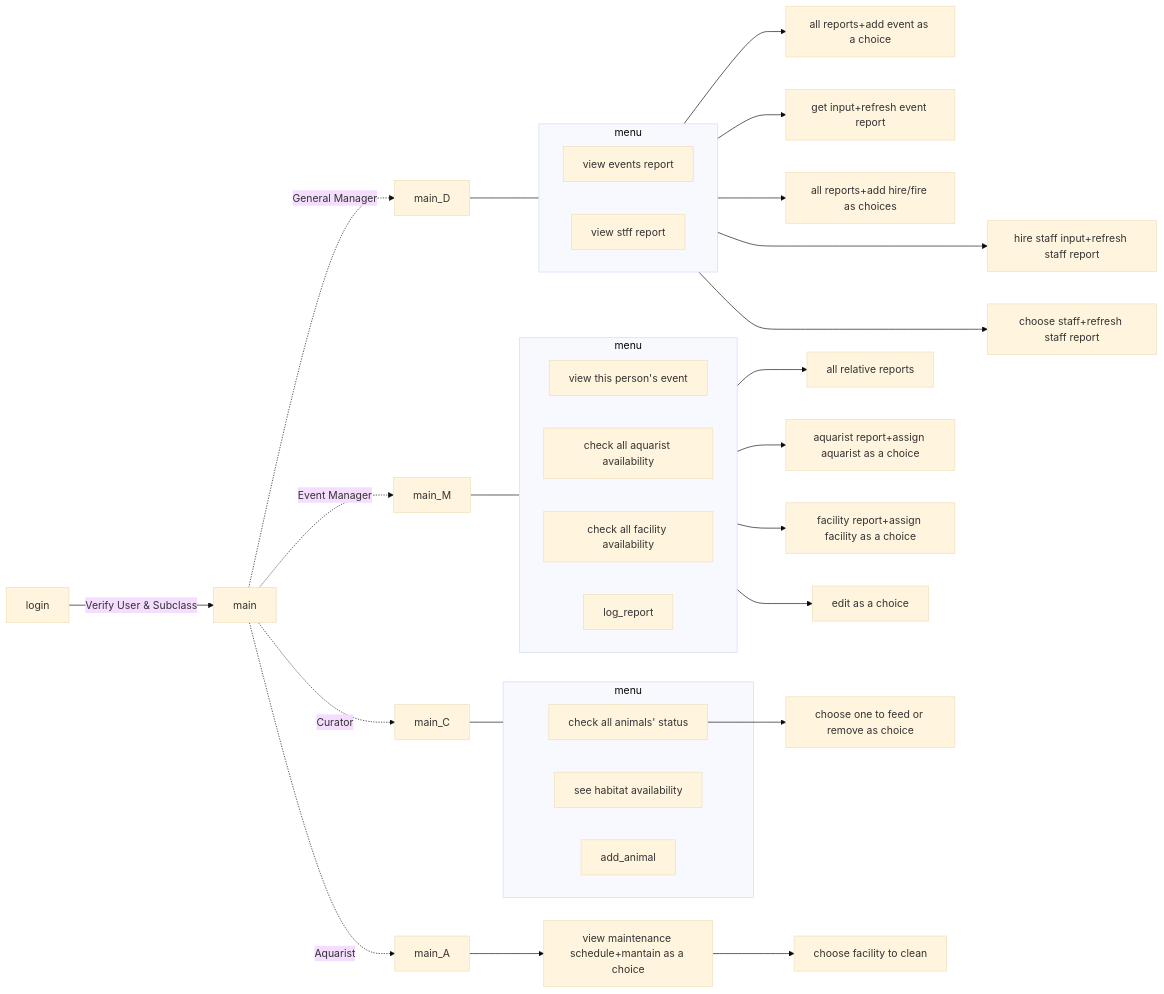
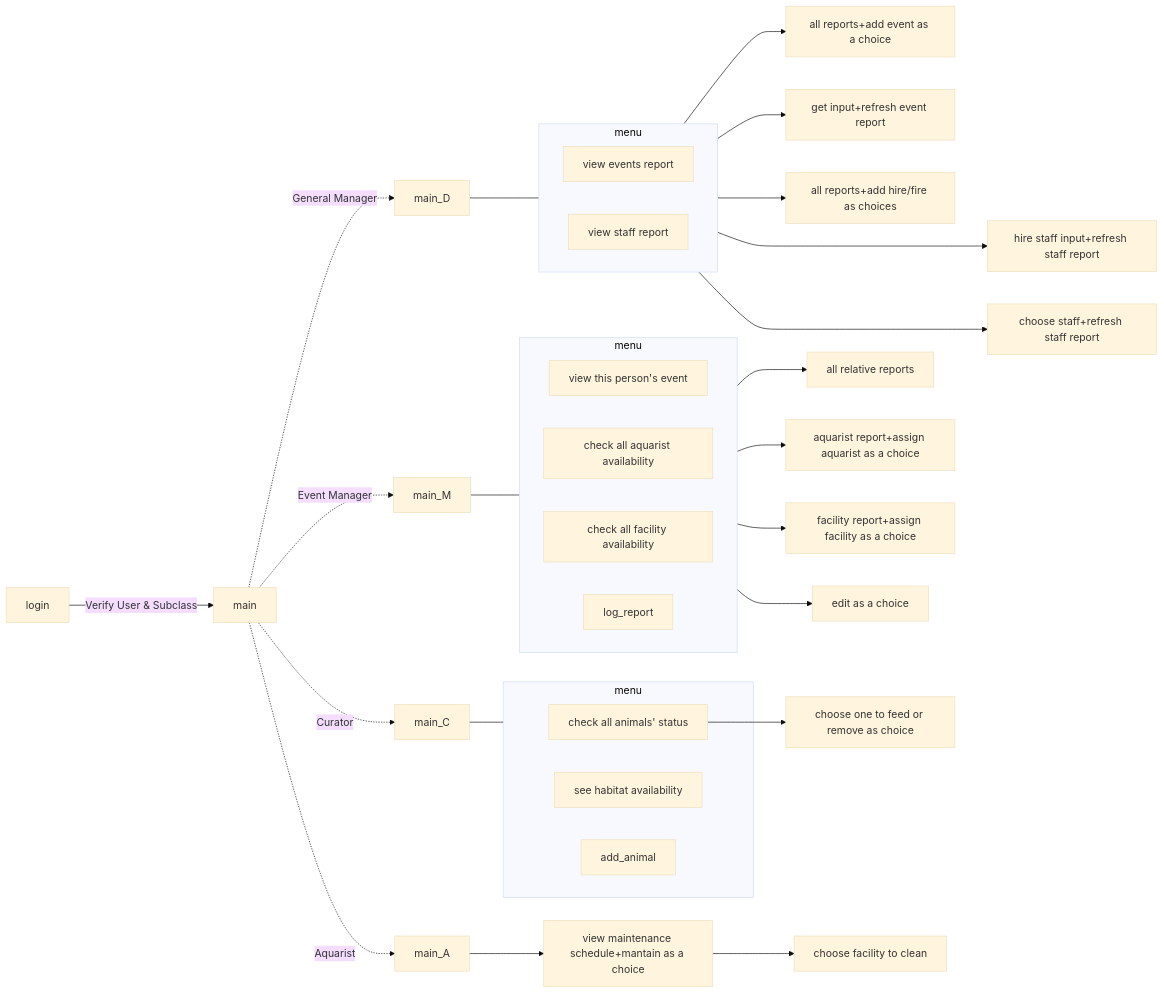
Before and after one commit to HONGKAI123/Aquarium_Management_System: the second of 3 diagrams in README.md, drawn with Mermaid (base theme).

Commit message:
edited architecture diagram for language

````diff
--- a/README.md
+++ b/README.md
@@ -97,51 +97,51 @@
 ```mermaid
 flowchart LR
 subgraph menu_d[menu]
 direction LR
 e_report[view events report]
 %% new_event[create new event] 
-s_report[view stff report]
+s_report[view staff report]
 end
 
 subgraph menu_m[menu]
 direction LR
 e_single_report[view this person's event]
 aquarist_check[check all aquarist availability]
 facility_check[check all facility availability]
 log_report
 end
 
 subgraph menu_c[menu]
 check_animal[check all animals' status]
 facility_check_c[see habitat availability]
 add_animal
 end
 
 
 
 login-->|Verify User & Subclass|main;
 main-.->|General Manager|main_D;
 main-.->|Event Manager|main_M;
 main-.->|Curator|main_C;
 main-.->|Aquarist|main_A;
 
 main_D --- menu_d;
 e_report-->e_show[all reports+add event as a choice]
 e_report-->create_new_event[get input+refresh event report]
 s_report-->s_show[all reports+add hire/fire as choices]
 s_report--->staff_hire[hire staff input+refresh staff report]
 s_report--->staff_fire[choose staff+refresh staff report]
 
 main_M --- menu_m;
 e_single_report-->e_s_r_show[all relative reports]
 aquarist_check-->ac[aquarist report+assign aquarist as a choice]
 facility_check-->fc[facility report+assign facility as a choice]
 log_report-->lr[edit as a choice]
 
 main_C --- menu_c;
 check_animal-->animal_edit[choose one to feed or remove as choice]
 
 
 main_A --> vmc[view maintenance schedule+mantain as a choice];
 vmc --> mantain[choose facility to clean ]
 ```
````
